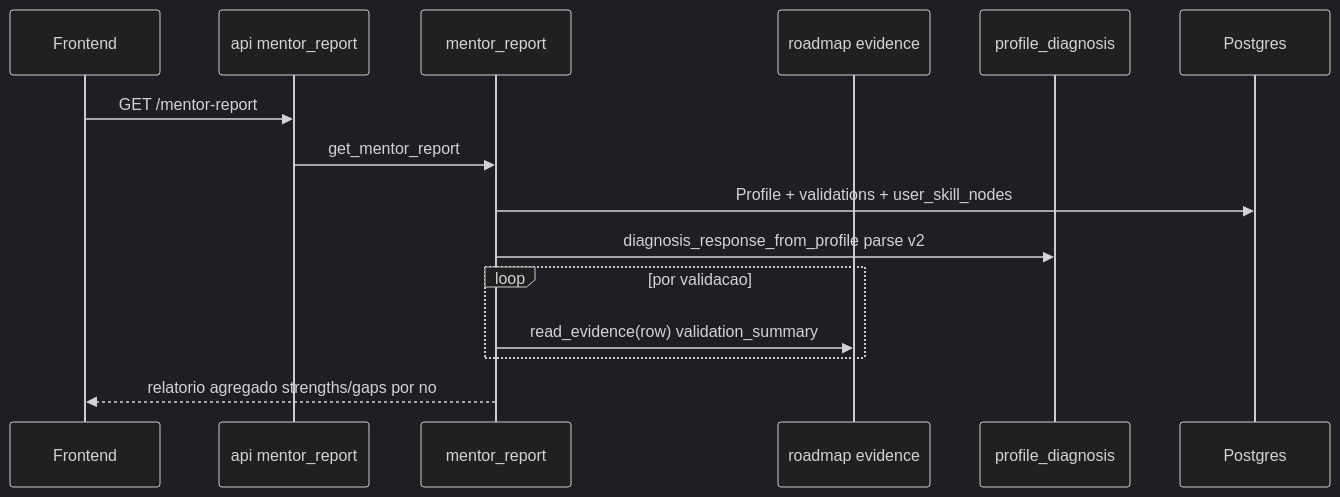
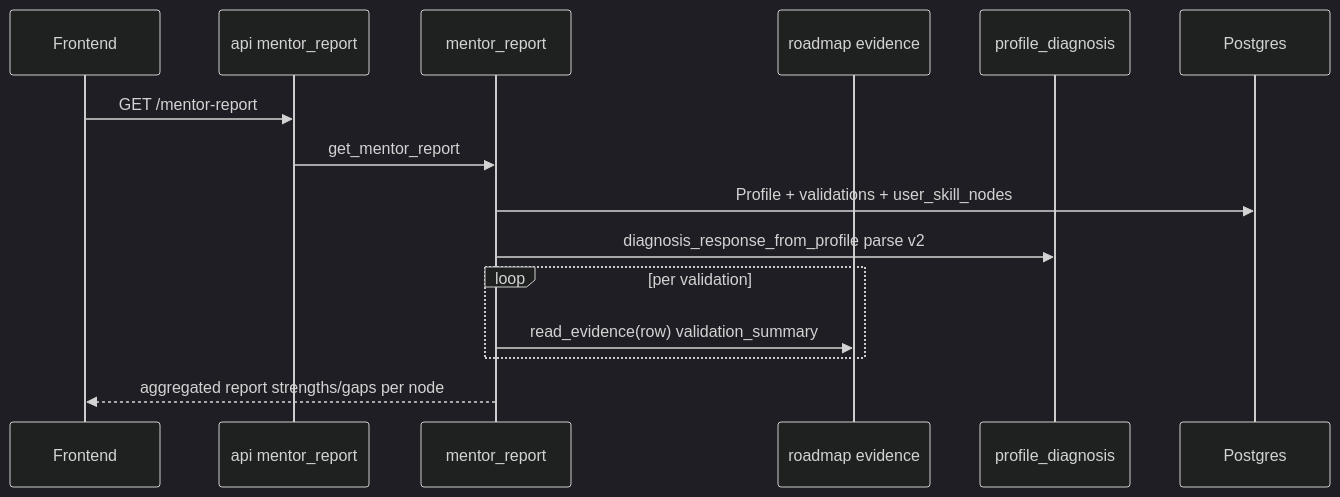
The ninth of 9 diagrams in docs/ARCHITECTURE.md (BorderlessCodingHub/career-forge-v2), drawn with Mermaid (dark theme) before and after one commit. The commit also changed other lines of this file and 24 other files, not shown here.

````diff
--- a/docs/ARCHITECTURE.md
+++ b/docs/ARCHITECTURE.md
@@ -423,18 +423,18 @@
 ```mermaid
 sequenceDiagram
   participant FE as Frontend
   participant R as api mentor_report
   participant MR as mentor_report
   participant EV as roadmap evidence
   participant PD as profile_diagnosis
   participant DB as Postgres
 
   FE->>R: GET /mentor-report
   R->>MR: get_mentor_report
   MR->>DB: Profile + validations + user_skill_nodes
   MR->>PD: diagnosis_response_from_profile parse v2
-  loop por validacao
+  loop per validation
     MR->>EV: read_evidence(row) validation_summary
   end
-  MR-->>FE: relatorio agregado strengths/gaps por no
+  MR-->>FE: aggregated report strengths/gaps per node
 ```
````
